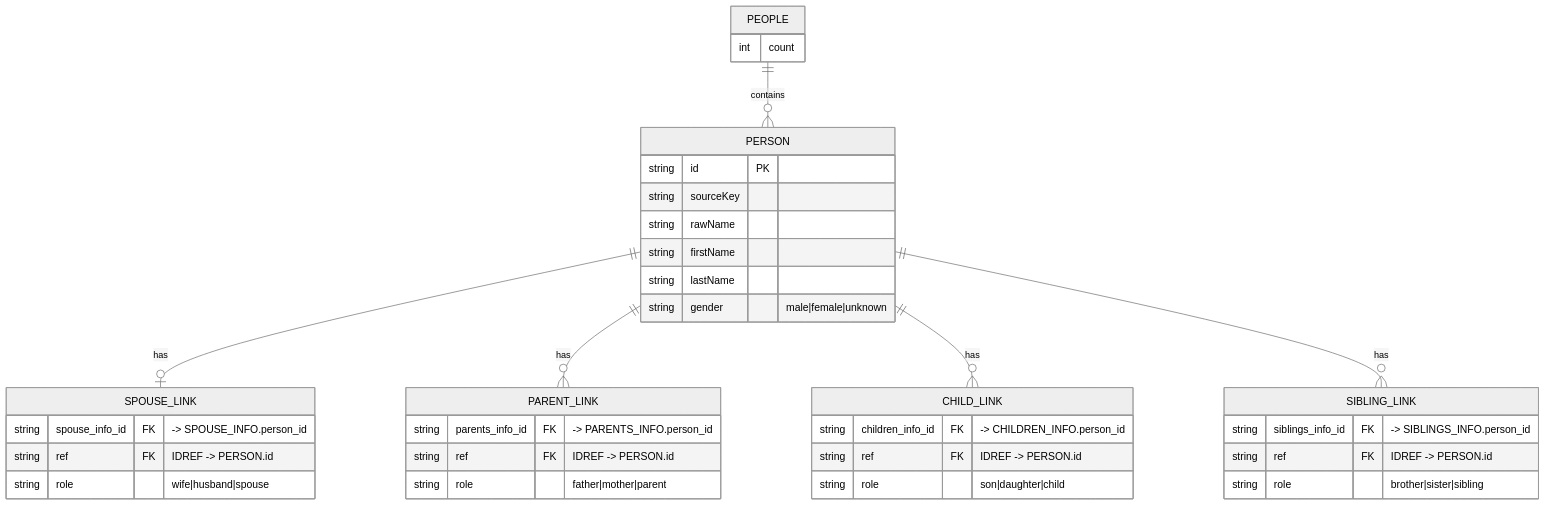
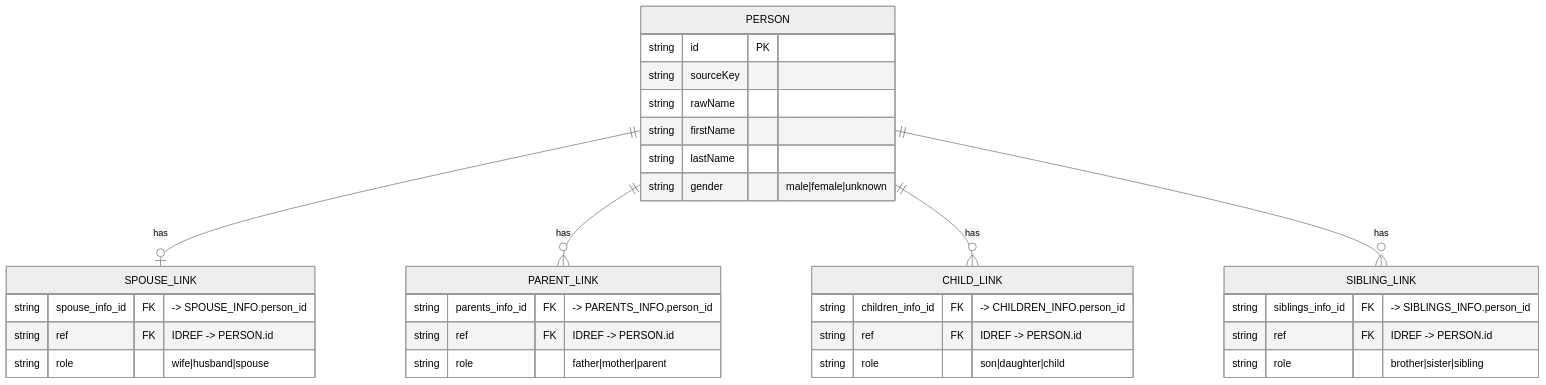
Before and after one commit to MlronGaskov/data_processing_and_storage_d: the diagram in D1.mmd, drawn with Mermaid (neutral theme).

```diff
--- a/D1.mmd
+++ b/D1.mmd
@@ -1,43 +1,37 @@
 erDiagram
-  PEOPLE ||--o{ PERSON : contains
-
-  PEOPLE {
-    int count
-  }
-
   PERSON {
     string id PK
     string sourceKey
     string rawName
     string firstName
     string lastName
     string gender  "male|female|unknown"
   }
 
   PERSON ||--o| SPOUSE_LINK : has
   SPOUSE_LINK {
     string spouse_info_id FK "-> SPOUSE_INFO.person_id"
     string ref FK            "IDREF -> PERSON.id"
     string role              "wife|husband|spouse"
   }
 
   PERSON ||--o{ PARENT_LINK : has
   PARENT_LINK {
     string parents_info_id FK "-> PARENTS_INFO.person_id"
     string ref FK             "IDREF -> PERSON.id"
     string role               "father|mother|parent"
   }
 
   PERSON ||--o{ CHILD_LINK : has
   CHILD_LINK {
     string children_info_id FK "-> CHILDREN_INFO.person_id"
     string ref FK              "IDREF -> PERSON.id"
     string role                "son|daughter|child"
   }
 
   PERSON ||--o{ SIBLING_LINK : has
   SIBLING_LINK {
     string siblings_info_id FK "-> SIBLINGS_INFO.person_id"
     string ref FK              "IDREF -> PERSON.id"
     string role                "brother|sister|sibling"
   }
```
